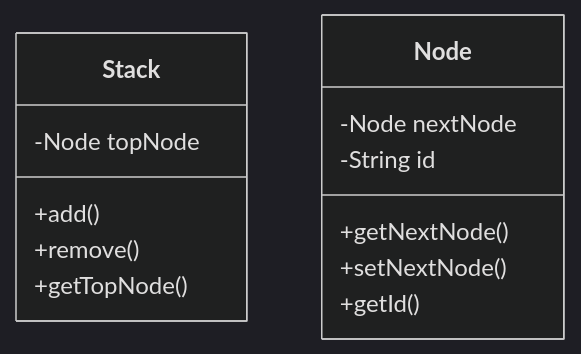
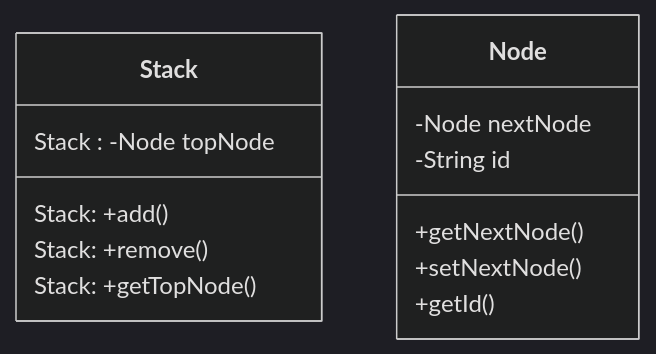
One commit to rueckertgym/begleitmaterial changed the diagram in book/lineareDatenstrukturen/stack/stack.md. Above: the diagram before and after it, drawn with Mermaid (dark theme).

Commit message:
Klassendiagram fix

````diff
--- a/book/lineareDatenstrukturen/stack/stack.md
+++ b/book/lineareDatenstrukturen/stack/stack.md
@@ -12,14 +12,16 @@
 ```mermaid
 classDiagram
-      Stack : -Node topNode
-      Stack: +add()
-      Stack: +remove()
-      Stack: +getTopNode()
-      class Node{
-        -Node nextNode
-        -String id
-        +getNextNode()
-        +setNextNode()
-        +getId()
-      }
+  class Stack {
+    Stack : -Node topNode
+    Stack: +add()
+    Stack: +remove()
+    Stack: +getTopNode()
+  }
+  class Node{
+    -Node nextNode
+    -String id
+    +getNextNode()
+    +setNextNode()
+    +getId()
+  }
 ```
````
